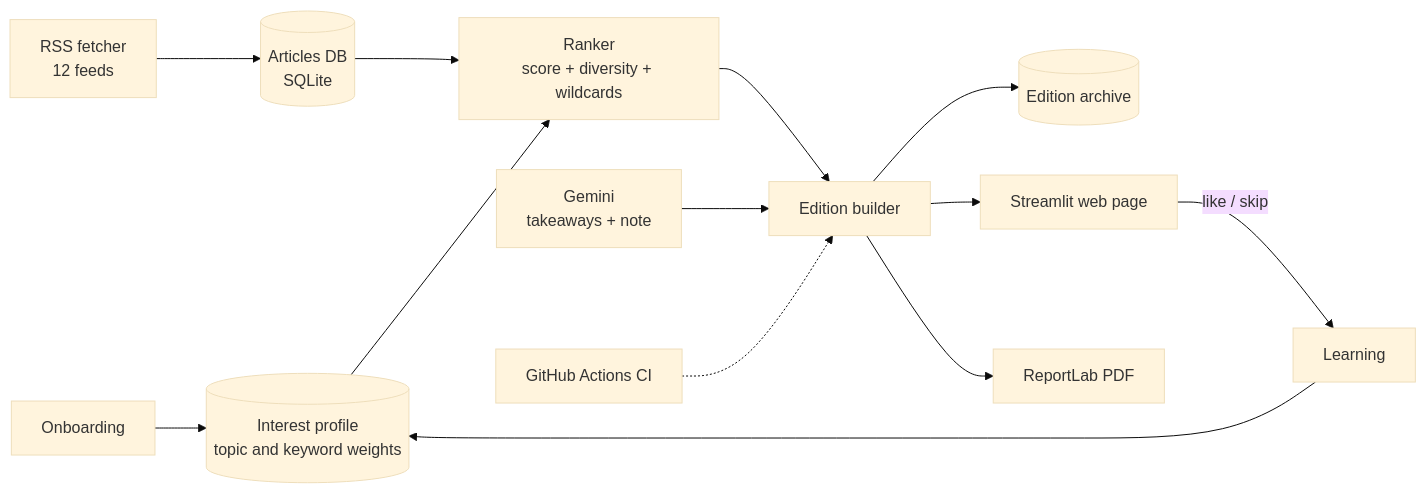
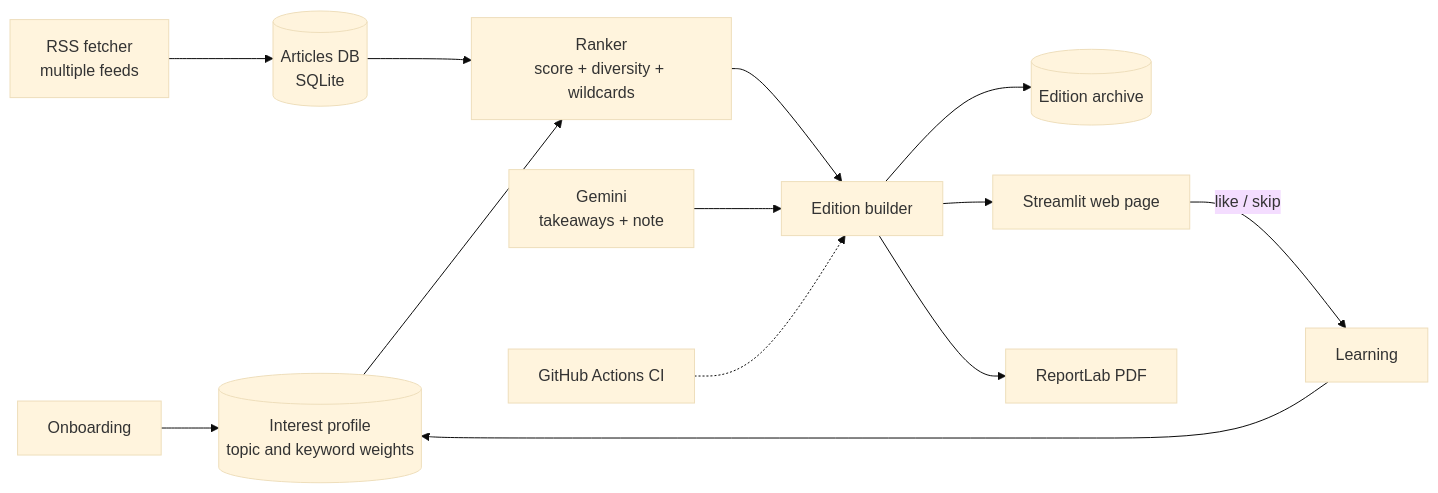
Before and after one commit to ezza-fatima380/personal-morning-paper: the diagram in README.md, drawn with Mermaid (base theme). The commit also changed other lines of this file, not shown here.

Commit message:
Rewrite README with architecture diagram and learning explanation

````diff
--- a/README.md
+++ b/README.md
@@ -20,15 +20,15 @@
 ```mermaid
 flowchart LR
     A[Onboarding] --> P[(Interest profile<br/>topic and keyword weights)]
-    F[RSS fetcher<br/>12 feeds] --> D[(Articles DB<br/>SQLite)]
+    F[RSS fetcher<br/>multiple feeds] --> D[(Articles DB<br/>SQLite)]
     D --> R[Ranker<br/>score + diversity + wildcards]
     P --> R
     R --> E[Edition builder]
     E --> H[(Edition archive)]
     G[Gemini<br/>takeaways + note] --> E
     E --> W[Streamlit web page]
     E --> PDF[ReportLab PDF]
     W -->|like / skip| L[Learning]
     L --> P
     CI[GitHub Actions CI] -.-> E
 ```
````
